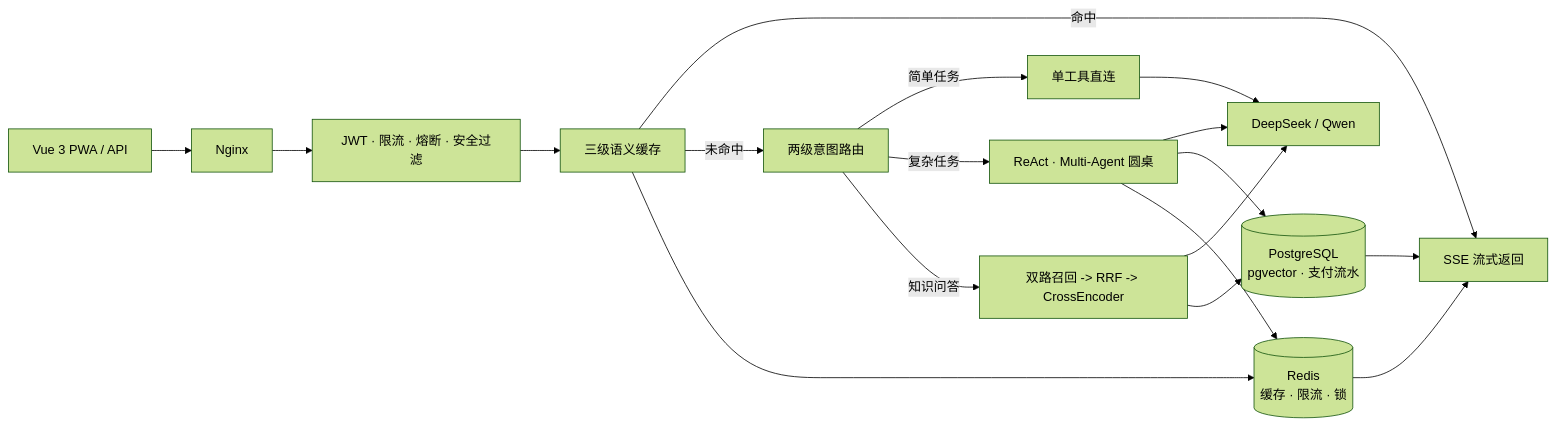
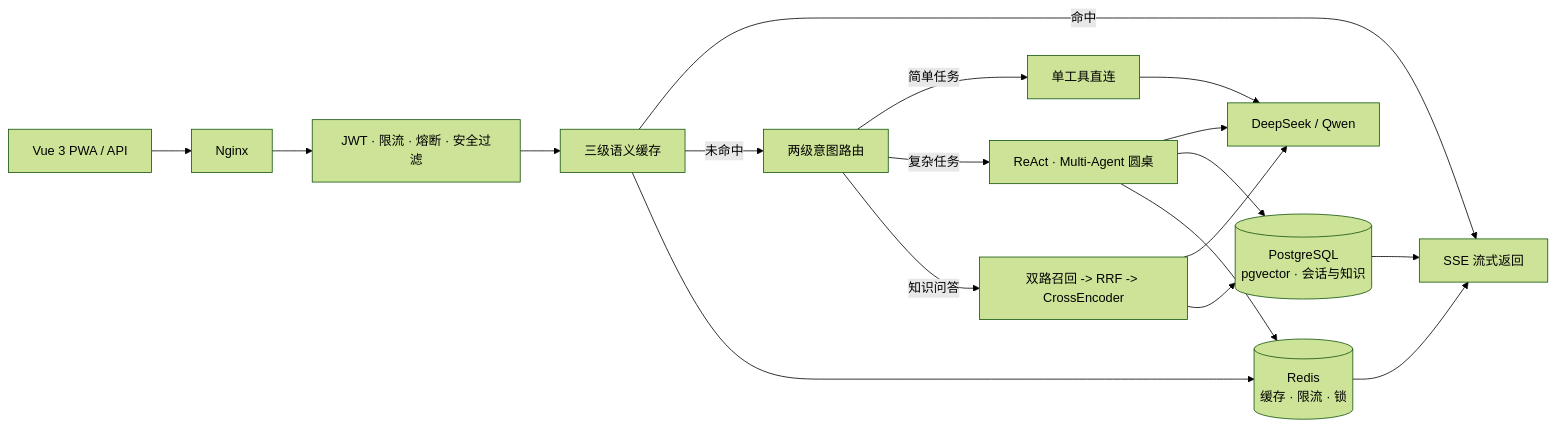
Before and after one commit to Li-zner/ai-agent-gateway-showcase: the diagram in README.md, drawn with Mermaid (forest theme). The commit also changed other lines of this file and 20 other files, not shown here.

````diff
--- a/README.md
+++ b/README.md
@@ -17,15 +17,15 @@
 ```mermaid
 flowchart LR
     U[Vue 3 PWA / API] --> NG[Nginx]
     NG --> GUARD[JWT · 限流 · 熔断 · 安全过滤]
     GUARD --> CACHE[三级语义缓存]
     CACHE -->|命中| OUT[SSE 流式返回]
     CACHE -->|未命中| ROUTE[两级意图路由]
     ROUTE -->|简单任务| TOOL[单工具直连]
     ROUTE -->|复杂任务| REACT[ReAct · Multi-Agent 圆桌]
     ROUTE -->|知识问答| RAG[双路召回 -> RRF -> CrossEncoder]
     TOOL & REACT & RAG --> LLM[DeepSeek / Qwen]
-    REACT & RAG --> PG[(PostgreSQL<br/>pgvector · 支付流水)]
+    REACT & RAG --> PG[(PostgreSQL<br/>pgvector · 会话与知识)]
     CACHE & REACT --> RD[(Redis<br/>缓存 · 限流 · 锁)]
     PG & RD --> OUT
 ```
````
